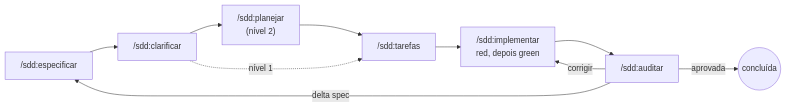
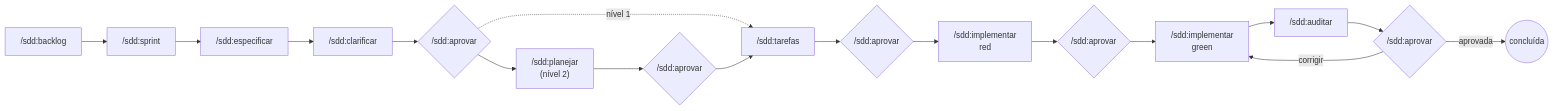
The diagram in README.md (geraldodominguez/sdd-plugin), drawn with Mermaid before and after one commit. The commit also changed other lines of this file and 74 other files, not shown here.

````diff
--- a/README.md
+++ b/README.md
@@ -147,12 +172,19 @@
 ```mermaid
 flowchart LR
-    A["/sdd:especificar"] --> B["/sdd:clarificar"]
-    B --> C["/sdd:planejar<br/>(nível 2)"]
-    C --> D["/sdd:tarefas"]
-    B -.->|nível 1| D
-    D --> E["/sdd:implementar<br/>red, depois green"]
-    E --> F["/sdd:auditar"]
-    F -->|aprovada| G((concluída))
-    F -->|delta spec| A
-    F -->|corrigir| E
+    BL["/sdd:backlog"] --> SP["/sdd:sprint"]
+    SP --> A["/sdd:especificar"]
+    A --> B["/sdd:clarificar"]
+    B --> AP1{"/sdd:aprovar"}
+    AP1 --> C["/sdd:planejar<br/>(nível 2)"]
+    AP1 -.->|nível 1| D
+    C --> AP2{"/sdd:aprovar"}
+    AP2 --> D["/sdd:tarefas"]
+    D --> AP3{"/sdd:aprovar"}
+    AP3 --> E["/sdd:implementar<br/>red"]
+    E --> AP4{"/sdd:aprovar"}
+    AP4 --> E2["/sdd:implementar<br/>green"]
+    E2 --> F["/sdd:auditar"]
+    F --> AP5{"/sdd:aprovar"}
+    AP5 -->|aprovada| G((concluída))
+    AP5 -->|corrigir| E2
 ```
````
